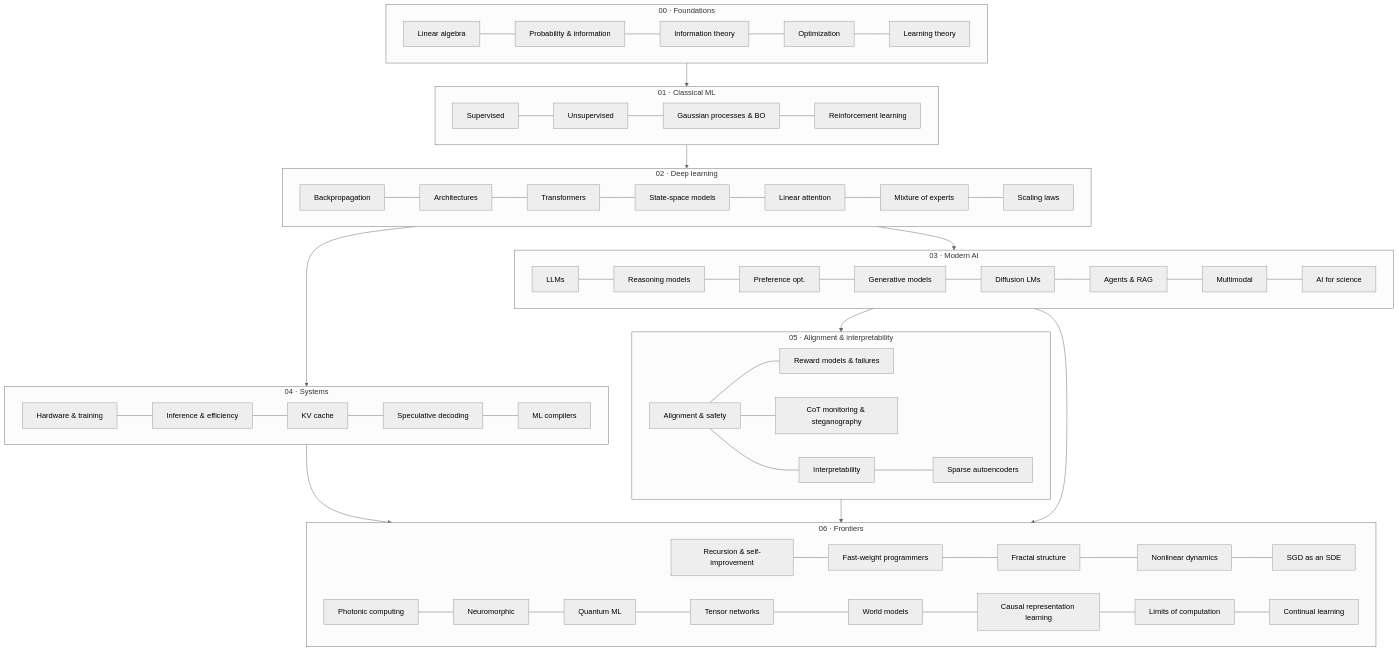
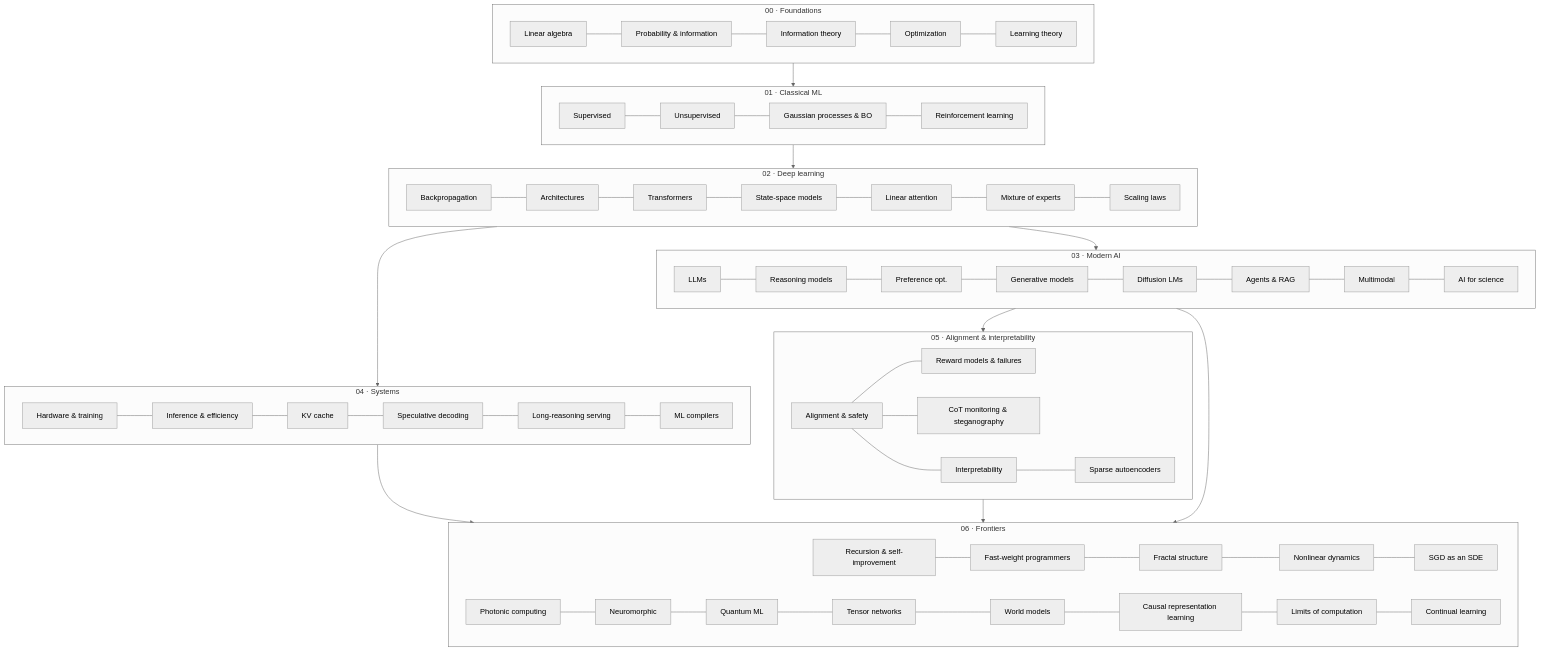
The diagram in README.md (marcpoliquin5/understanding-ai), drawn with Mermaid (neutral theme) before and after one commit. The commit also changed other lines of this file and 7 other files, not shown here.

First line of the commit message:
Systems: add serving long-reasoning models page

````diff
--- a/README.md
+++ b/README.md
@@ -30,33 +30,33 @@
 ```mermaid
 flowchart TB
     subgraph F[00 · Foundations]
         F1[Linear algebra] --- F2[Probability & information] --- F5[Information theory] --- F3[Optimization] --- F4[Learning theory]
     end
     subgraph C[01 · Classical ML]
         C1[Supervised] --- C2[Unsupervised] --- C4[Gaussian processes & BO] --- C3[Reinforcement learning]
     end
     subgraph D[02 · Deep learning]
         D1[Backpropagation] --- D2[Architectures] --- D3[Transformers] --- D6[State-space models] --- D7[Linear attention] --- D5[Mixture of experts] --- D4[Scaling laws]
     end
     subgraph M[03 · Modern AI]
         M1[LLMs] --- M1b[Reasoning models] --- M1c[Preference opt.] --- M2[Generative models] --- M2b[Diffusion LMs] --- M3[Agents & RAG] --- M4[Multimodal] --- M5[AI for science]
     end
     subgraph S[04 · Systems]
-        S1[Hardware & training] --- S2[Inference & efficiency] --- S5[KV cache] --- S4[Speculative decoding] --- S3[ML compilers]
+        S1[Hardware & training] --- S2[Inference & efficiency] --- S5[KV cache] --- S4[Speculative decoding] --- S6[Long-reasoning serving] --- S3[ML compilers]
     end
     subgraph A[05 · Alignment & interpretability]
         A1[Alignment & safety] --- A3[Reward models & failures]
         A1 --- A5[CoT monitoring & steganography]
         A1 --- A2[Interpretability] --- A4[Sparse autoencoders]
     end
     subgraph X[06 · Frontiers]
         X1[Recursion & self-improvement] --- X1b[Fast-weight programmers] --- X2[Fractal structure] --- X3[Nonlinear dynamics] --- X3b[SGD as an SDE]
         X4[Photonic computing] --- X5[Neuromorphic] --- X6[Quantum ML] --- X6b[Tensor networks] --- X7[World models] --- X7b[Causal representation learning] --- X8[Limits of computation] --- X9[Continual learning]
     end
     F --> C --> D --> M
     D --> S
     M --> A
     S --> X
     A --> X
     M --> X
 ```
````
